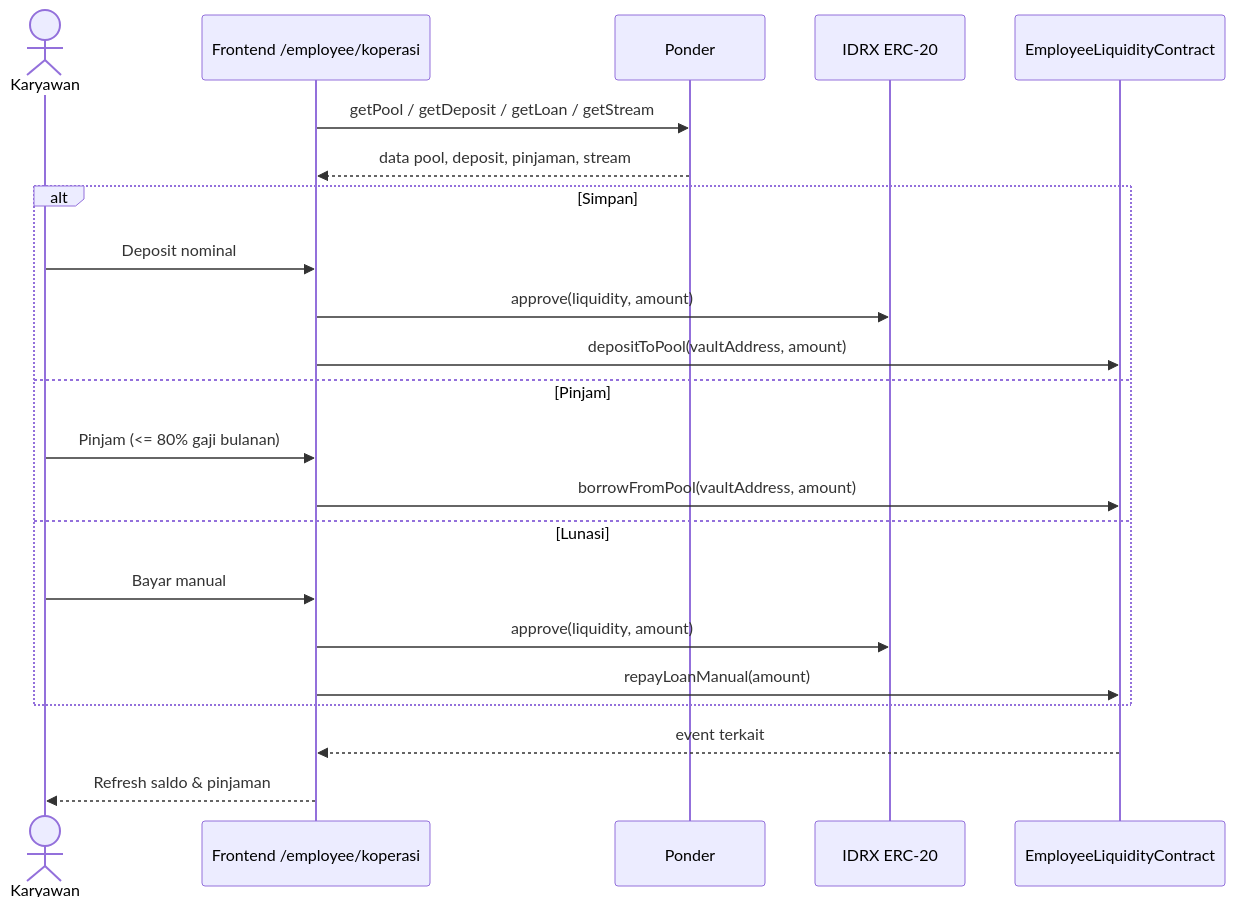
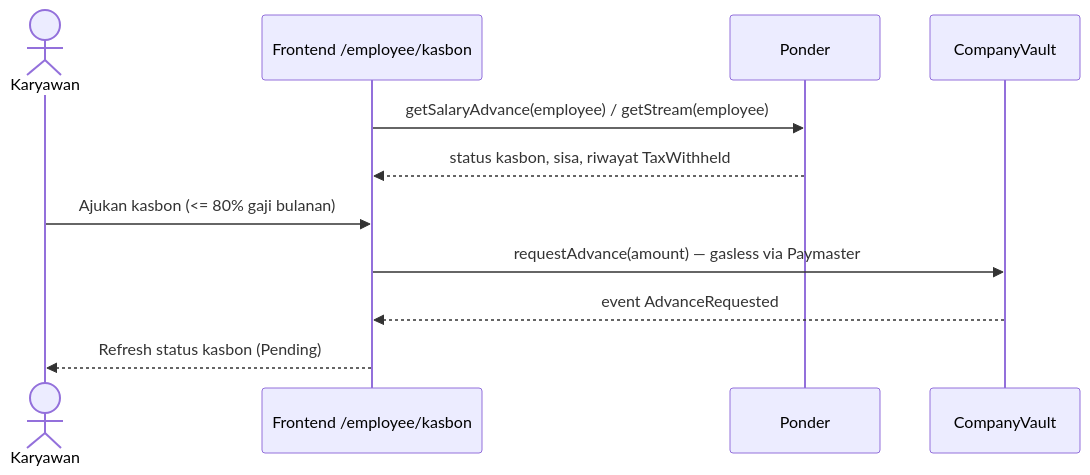
Before and after one commit to skripsi-payroll-dapp/docs: diagram 32 of 40 in docs/DPPL.md, drawn with Mermaid. The commit also changed other lines of this file and 8 other files, not shown here.

````diff
--- a/docs/DPPL.md
+++ b/docs/DPPL.md
@@ -2958,24 +2532,13 @@
 ```mermaid
 sequenceDiagram
     actor E as Karyawan
-    participant FE as Frontend /employee/koperasi
+    participant FE as Frontend /employee/kasbon
     participant PO as Ponder
-    participant IDRX as IDRX ERC-20
-    participant L as EmployeeLiquidityContract
-    FE->>PO: getPool / getDeposit / getLoan / getStream
-    PO-->>FE: data pool, deposit, pinjaman, stream
-    alt Simpan
-        E->>FE: Deposit nominal
-        FE->>IDRX: approve(liquidity, amount)
-        FE->>L: depositToPool(vaultAddress, amount)
-    else Pinjam
-        E->>FE: Pinjam (<= 80% gaji bulanan)
-        FE->>L: borrowFromPool(vaultAddress, amount)
-    else Lunasi
-        E->>FE: Bayar manual
-        FE->>IDRX: approve(liquidity, amount)
-        FE->>L: repayLoanManual(amount)
-    end
-    L-->>FE: event terkait
-    FE-->>E: Refresh saldo & pinjaman
+    participant V as CompanyVault
+    FE->>PO: getSalaryAdvance(employee) / getStream(employee)
+    PO-->>FE: status kasbon, sisa, riwayat TaxWithheld
+    E->>FE: Ajukan kasbon (<= 80% gaji bulanan)
+    FE->>V: requestAdvance(amount) — gasless via Paymaster
+    V-->>FE: event AdvanceRequested
+    FE-->>E: Refresh status kasbon (Pending)
 ```
````
